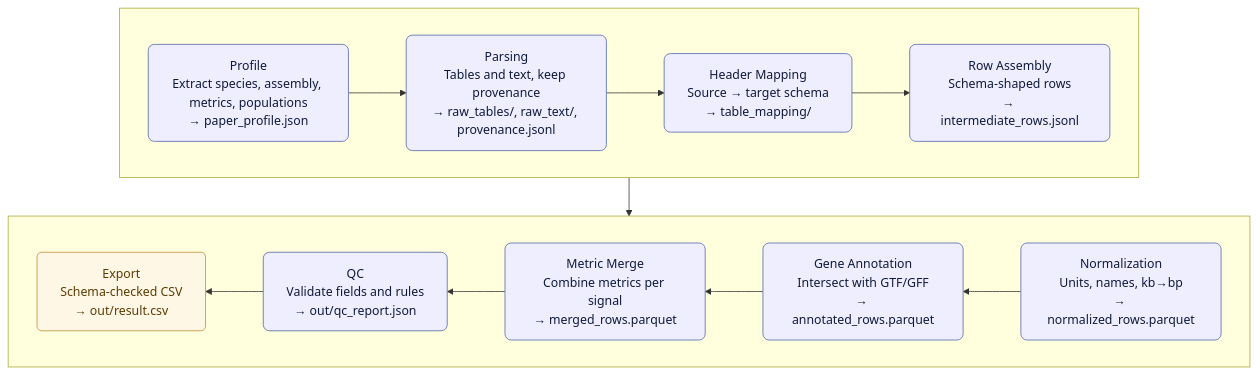
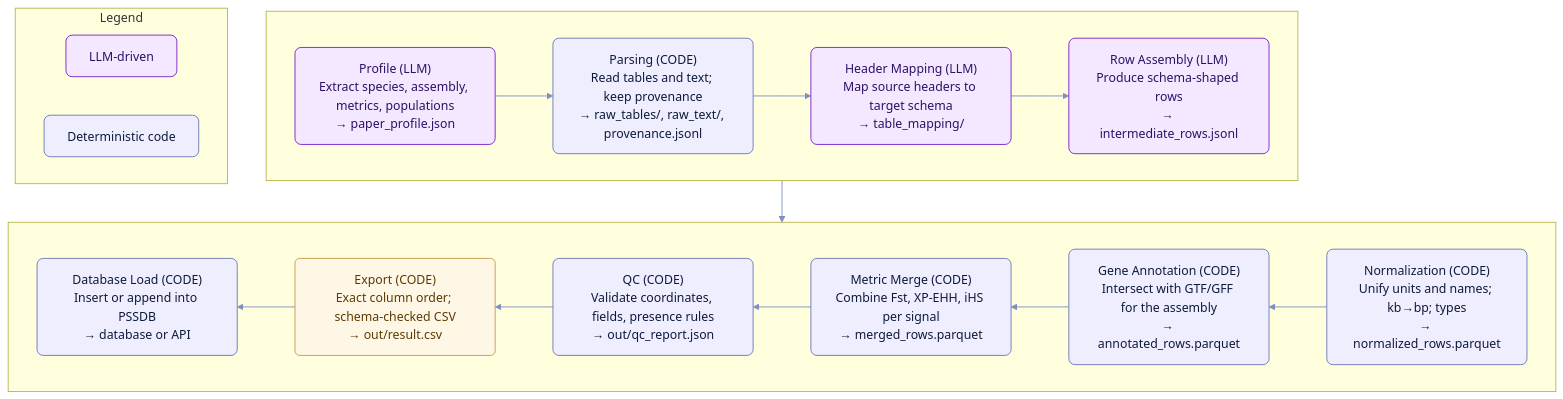
Before and after one commit to avelurin/phhackathon_almaty: the diagram in README.md, drawn with Mermaid. The commit also changed other lines of this file, not shown here.

````diff
--- a/README.md
+++ b/README.md
@@ -6,25 +6,39 @@
 ```mermaid
 flowchart TB
-  classDef step fill:#eef,stroke:#6b7bb6,stroke-width:1.2px,rx:8,ry:8,color:#0f1a3b;
+  %% Styles
+  classDef llm fill:#f3e8ff,stroke:#7e22ce,stroke-width:1.2px,rx:8,ry:8,color:#2e1065;
+  classDef code fill:#eef,stroke:#6b7bb6,stroke-width:1.2px,rx:8,ry:8,color:#0f1a3b;
   classDef out fill:#fff7e6,stroke:#c08a2d,rx:6,ry:6,color:#5c3b00;
+  linkStyle default stroke:#7f8fbf,stroke-width:1.2px
 
+  %% Top row (left → right)
   subgraph TOP[ ]
     direction LR
-    A["Profile<br/>Extract species, assembly, metrics, populations<br/>→ paper_profile.json"]:::step
-    B["Parsing<br/>Tables and text, keep provenance<br/>→ raw_tables/, raw_text/, provenance.jsonl"]:::step
-    C["Header Mapping<br/>Source → target schema<br/>→ table_mapping/"]:::step
-    D["Row Assembly<br/>Schema-shaped rows<br/>→ intermediate_rows.jsonl"]:::step
+    A["Profile (LLM)<br/>Extract species, assembly, metrics, populations<br/>→ paper_profile.json"]:::llm
+    B["Parsing (CODE)<br/>Read tables and text; keep provenance<br/>→ raw_tables/, raw_text/, provenance.jsonl"]:::code
+    C["Header Mapping (LLM)<br/>Map source headers to target schema<br/>→ table_mapping/"]:::llm
+    D["Row Assembly (LLM)<br/>Produce schema-shaped rows<br/>→ intermediate_rows.jsonl"]:::llm
   end
 
+  %% Bottom row (right → left)
   subgraph BOTTOM[ ]
     direction RL
-    E["Normalization<br/>Units, names, kb→bp<br/>→ normalized_rows.parquet"]:::step
-    F["Gene Annotation<br/>Intersect with GTF/GFF<br/>→ annotated_rows.parquet"]:::step
-    G["Metric Merge<br/>Combine metrics per signal<br/>→ merged_rows.parquet"]:::step
-    H["QC<br/>Validate fields and rules<br/>→ out/qc_report.json"]:::step
-    I["Export<br/>Schema-checked CSV<br/>→ out/result.csv"]:::out
+    E["Normalization (CODE)<br/>Unify units and names; kb→bp; types<br/>→ normalized_rows.parquet"]:::code
+    F["Gene Annotation (CODE)<br/>Intersect with GTF/GFF for the assembly<br/>→ annotated_rows.parquet"]:::code
+    G["Metric Merge (CODE)<br/>Combine Fst, XP-EHH, iHS per signal<br/>→ merged_rows.parquet"]:::code
+    H["QC (CODE)<br/>Validate coordinates, fields, presence rules<br/>→ out/qc_report.json"]:::code
+    I["Export (CODE)<br/>Exact column order; schema-checked CSV<br/>→ out/result.csv"]:::out
+    J["Database Load (CODE)<br/>Insert or append into PSSDB<br/>→ database or API"]:::code
   end
 
+  %% Flow connections forming an S
   A --> B --> C --> D --> E
-  E --> F --> G --> H --> I
+  E --> F --> G --> H --> I --> J
+
+  %% Legend
+  subgraph LEGEND[Legend]
+    direction LR
+    L1["LLM-driven"]:::llm
+    L2["Deterministic code"]:::code
+  end
 ```
````
